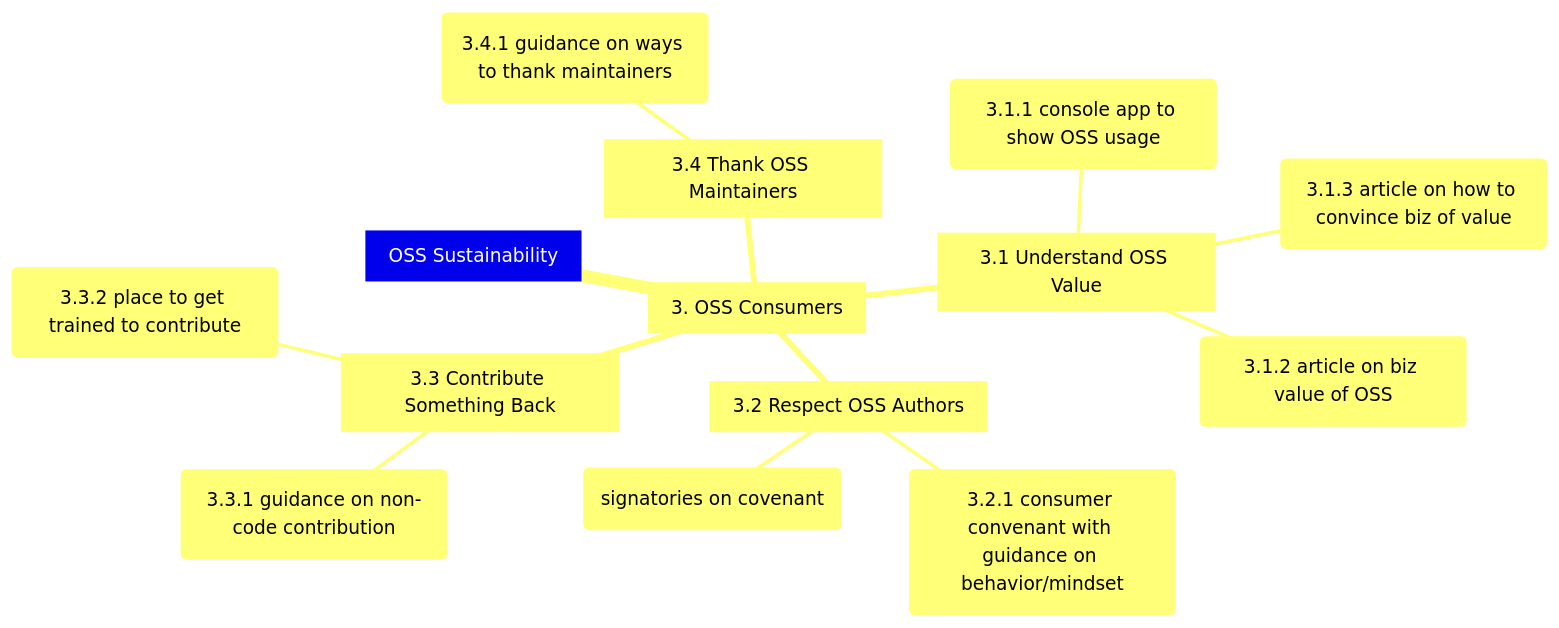
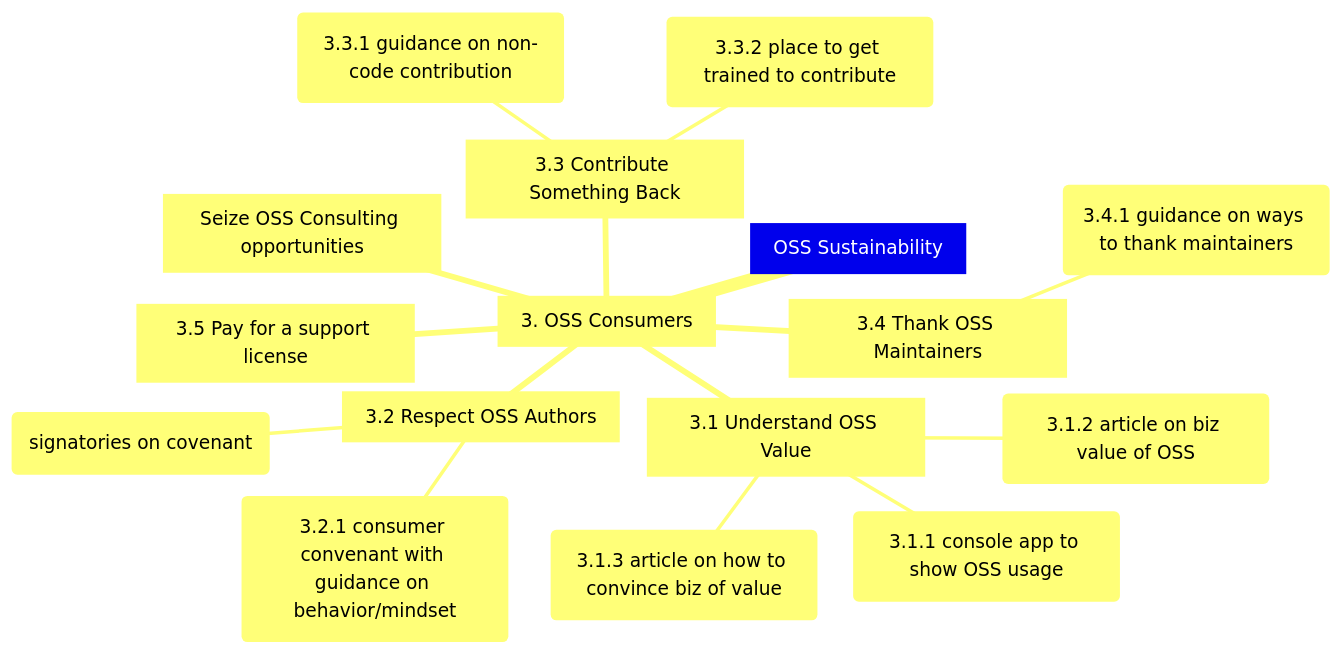
The third of 8 diagrams in README.md (AWiderDotNET/home), drawn with Mermaid before and after one commit. The commit also changed other lines of this file, not shown here.

````diff
--- a/README.md
+++ b/README.md
@@ -52,17 +52,19 @@
 ```mermaid
 mindmap
   root[OSS Sustainability]
     3[3. OSS Consumers]
       3.1[3.1 Understand OSS Value]
         3.1.1(3.1.1 console app to show OSS usage)
         3.1.2(3.1.2 article on biz value of OSS)
         3.1.3(3.1.3 article on how to convince biz of value)
       3.2[3.2 Respect OSS Authors]
         3.2.1(3.2.1 consumer convenant with guidance on behavior/mindset)
         3.2.2(signatories on covenant)
       3.3[3.3 Contribute Something Back]
         3.3.1(3.3.1 guidance on non-code contribution)
         3.3.2(3.3.2 place to get trained to contribute)
       3.4[3.4 Thank OSS Maintainers]
         3.4.1(3.4.1 guidance on ways to thank maintainers)
+      3.5[3.5 Pay for a support license]
+      3.6[Seize OSS Consulting opportunities]
 ```
````
